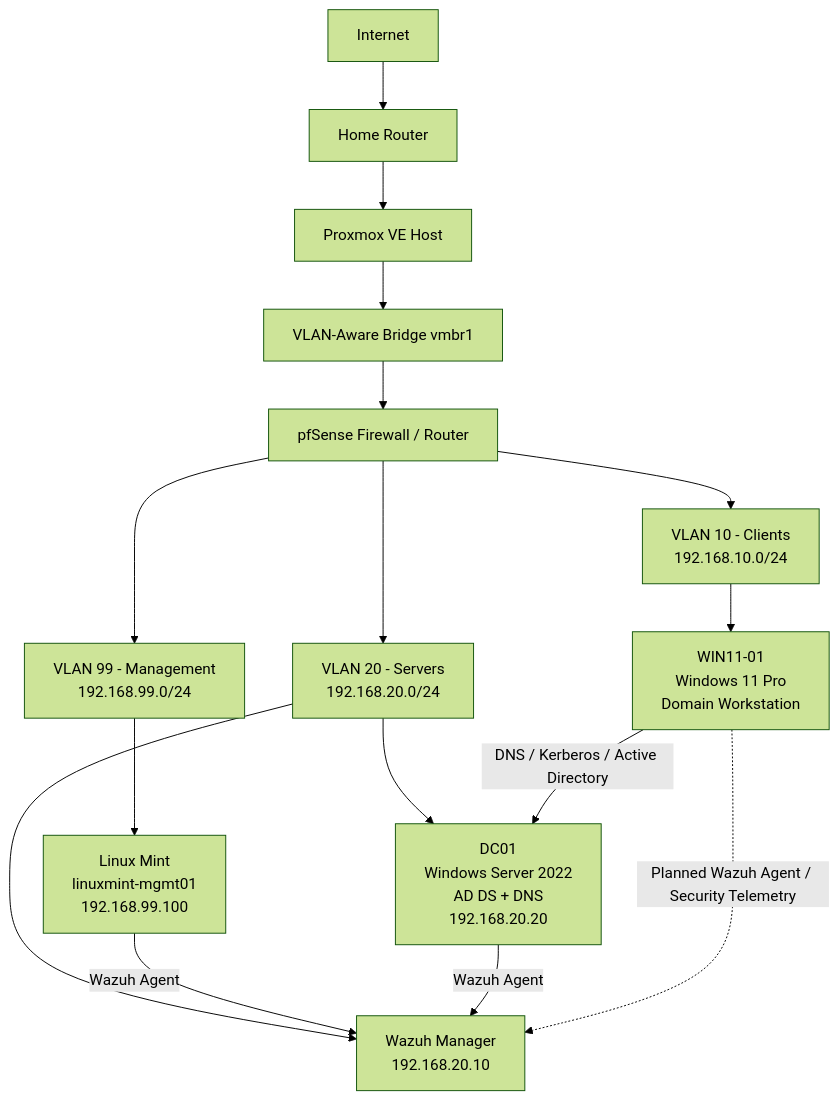
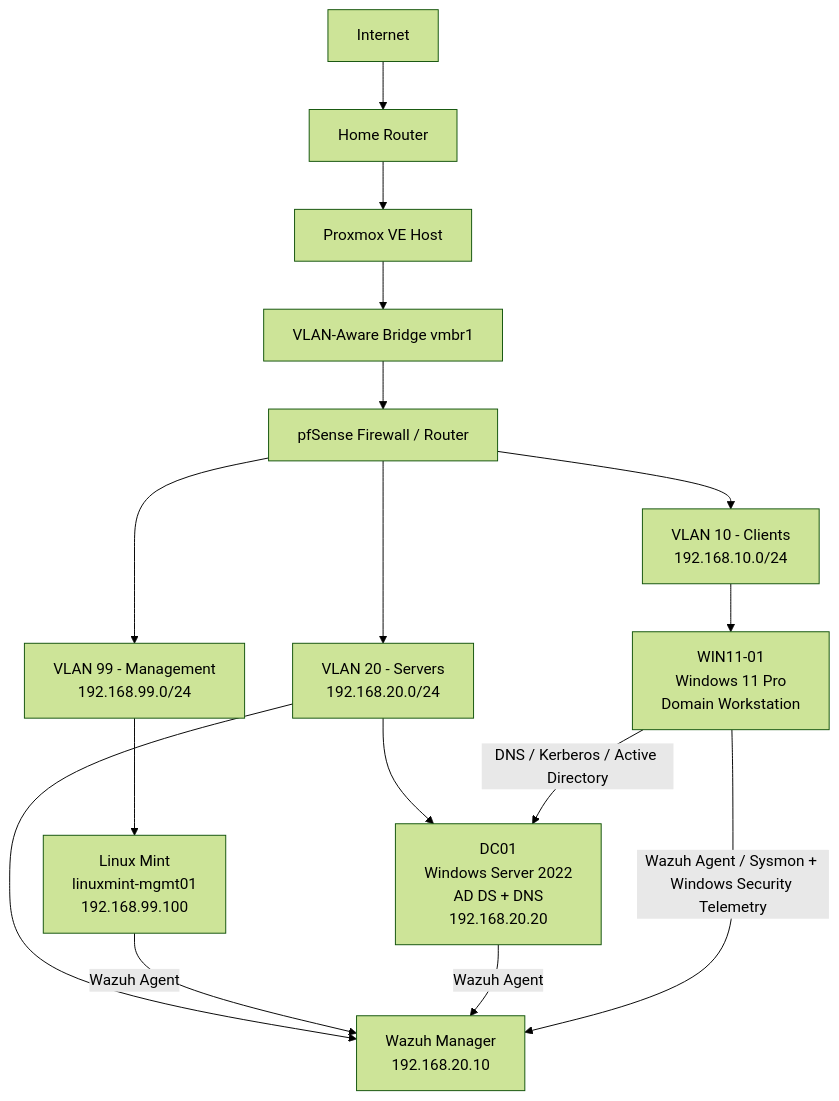
The first of 2 diagrams in README.md (diegov-cyb/Blue-Team-Home-Lab), drawn with Mermaid (forest theme) before and after one commit. The commit also changed other lines of this file, not shown here.

````diff
--- a/README.md
+++ b/README.md
@@ -193,30 +203,30 @@
 ```mermaid
 graph TD
 
     INTERNET[Internet]
     ROUTER[Home Router]
     PVE[Proxmox VE Host]
     BRIDGE[VLAN-Aware Bridge vmbr1]
     PF[pfSense Firewall / Router]
 
     INTERNET --> ROUTER
     ROUTER --> PVE
     PVE --> BRIDGE
     BRIDGE --> PF
 
     PF --> MGMT[VLAN 99 - Management<br/>192.168.99.0/24]
     PF --> CLIENT[VLAN 10 - Clients<br/>192.168.10.0/24]
     PF --> SERVER[VLAN 20 - Servers<br/>192.168.20.0/24]
 
     MGMT --> MINT[Linux Mint<br/>linuxmint-mgmt01<br/>192.168.99.100]
 
     CLIENT --> WIN11[WIN11-01<br/>Windows 11 Pro<br/>Domain Workstation]
 
     SERVER --> DC01[DC01<br/>Windows Server 2022<br/>AD DS + DNS<br/>192.168.20.20]
     SERVER --> WAZUH[Wazuh Manager<br/>192.168.20.10]
 
     WIN11 -->|DNS / Kerberos / Active Directory| DC01
     MINT -->|Wazuh Agent| WAZUH
     DC01 -->|Wazuh Agent| WAZUH
-    WIN11 -.->|Planned Wazuh Agent / Security Telemetry| WAZUH
+    WIN11 -->|Wazuh Agent / Sysmon + Windows Security Telemetry| WAZUH
 ```
````
